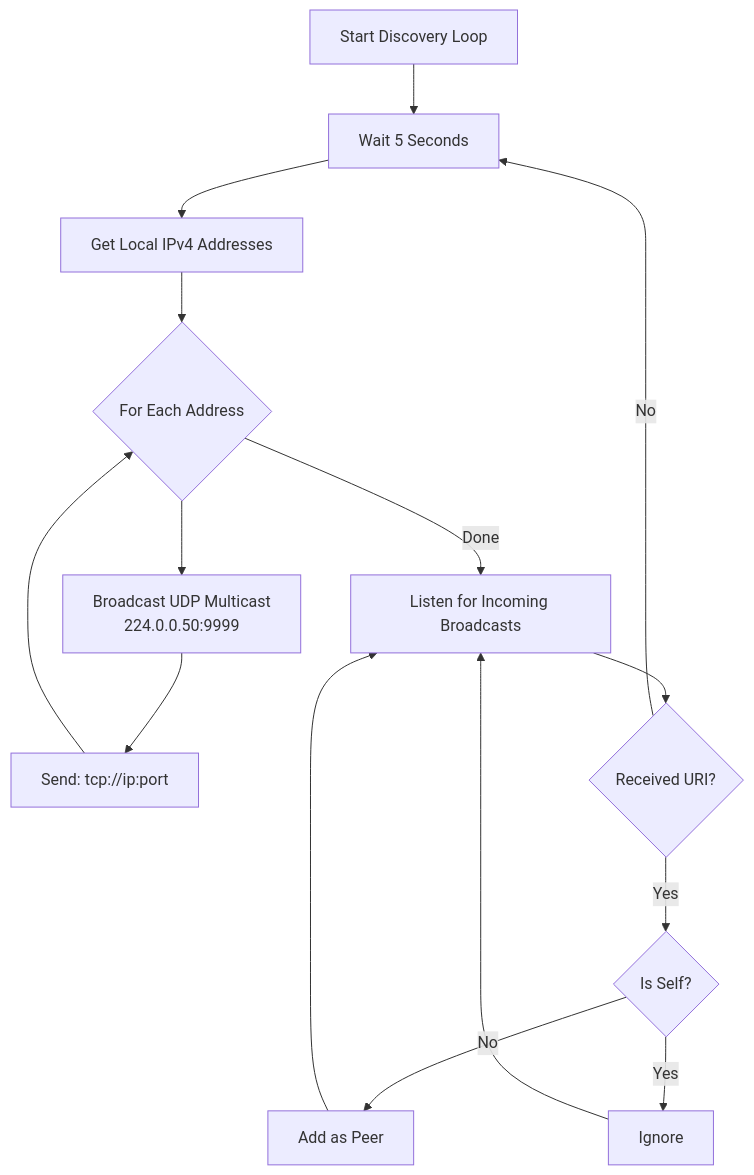
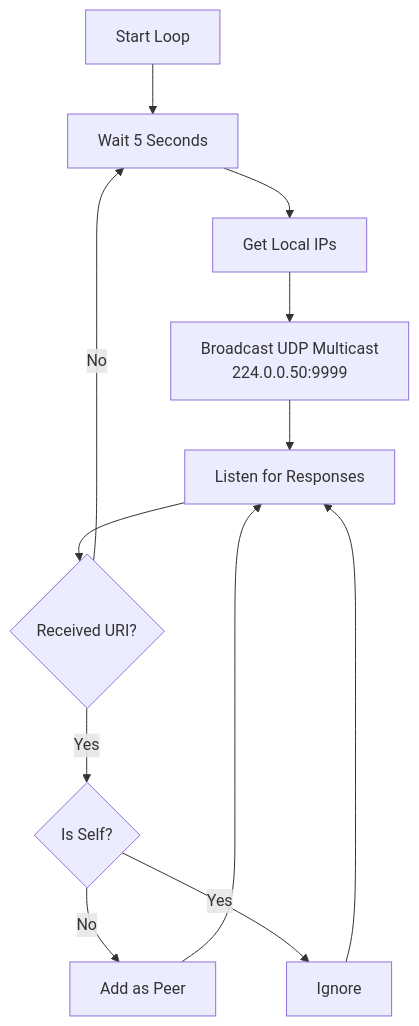
Before and after one commit to amafjarkasi/yggchat: the ninth of 9 diagrams in README.md, drawn with Mermaid. The commit also changed other lines of this file, not shown here.

````diff
--- a/README.md
+++ b/README.md
@@ -858,17 +861,14 @@
 ```mermaid
 flowchart TD
-    A[Start Discovery Loop] --> B[Wait 5 Seconds]
-    B --> C[Get Local IPv4 Addresses]
-    C --> D{For Each Address}
-    D --> E[Broadcast UDP Multicast<br/>224.0.0.50:9999]
-    E --> F[Send: tcp://ip:port]
-    F --> D
-    D -->|Done| G[Listen for Incoming Broadcasts]
-    G --> H{Received URI?}
-    H -->|Yes| I{Is Self?}
-    I -->|No| J[Add as Peer]
-    I -->|Yes| K[Ignore]
-    J --> G
-    K --> G
-    H -->|No| B
+    A[Start Loop] --> B[Wait 5 Seconds]
+    B --> C[Get Local IPs]
+    C --> D[Broadcast UDP Multicast<br/>224.0.0.50:9999]
+    D --> E[Listen for Responses]
+    E --> F{Received URI?}
+    F -->|Yes| G{Is Self?}
+    G -->|No| H[Add as Peer]
+    G -->|Yes| I[Ignore]
+    H --> E
+    I --> E
+    F -->|No| B
 ```
````
